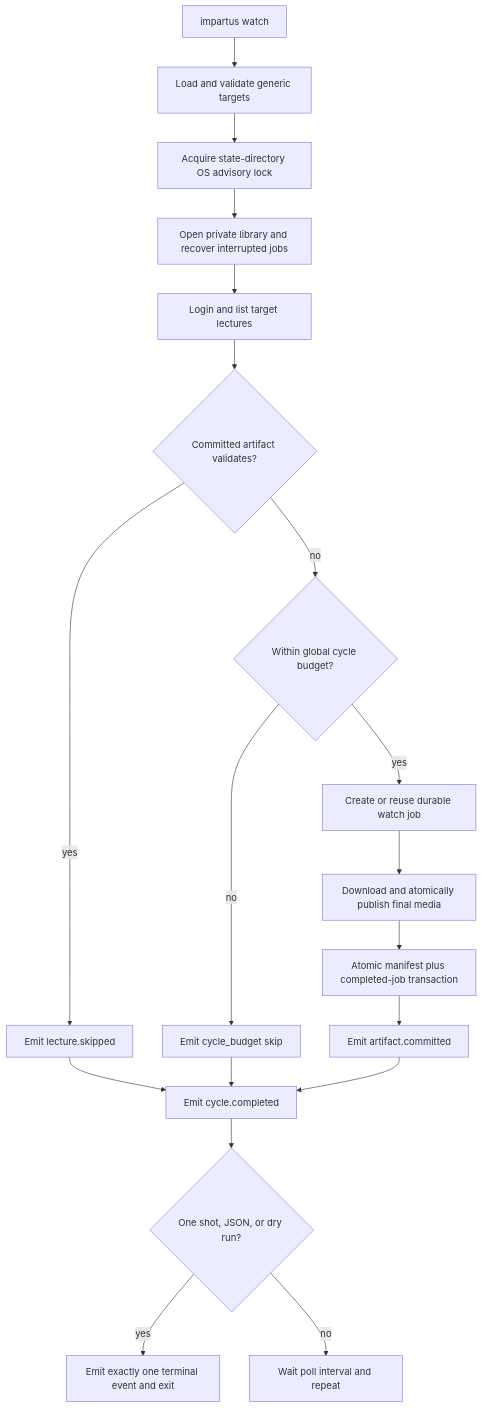
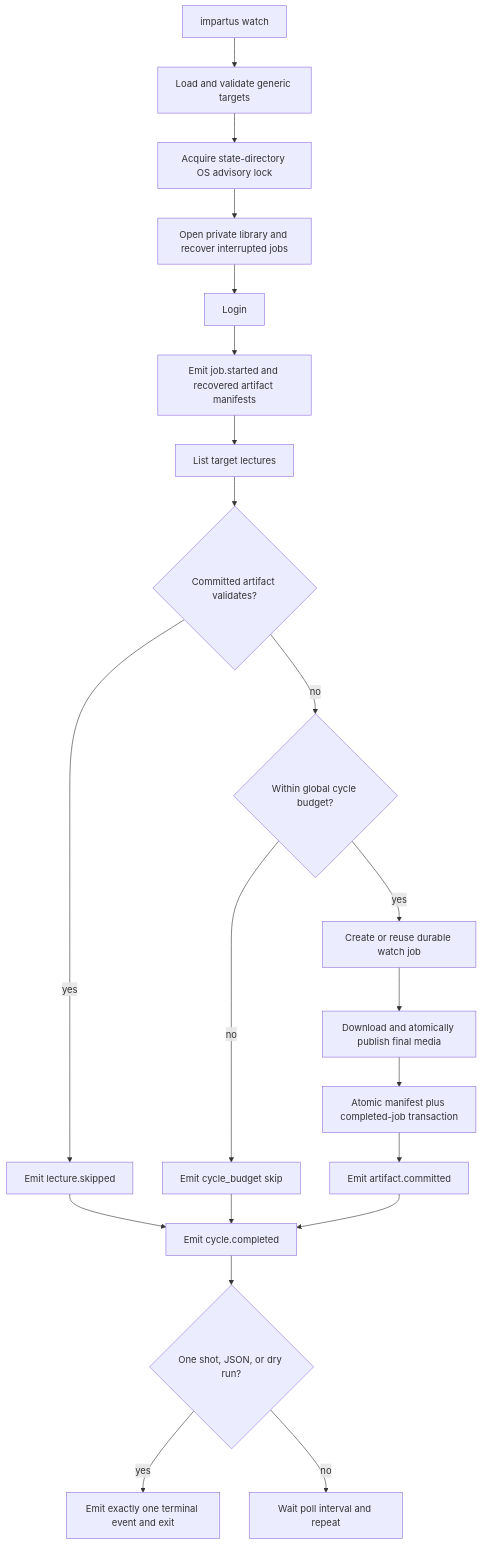
The fifth of 7 diagrams in docs/architecture.md (rabesss/impartus-cli), drawn with Mermaid before and after one commit. The commit also changed 8 other files, not shown here.

Commit message:
fix(watch): preserve recovered artifact events

````diff
--- a/docs/architecture.md
+++ b/docs/architecture.md
@@ -173,21 +173,23 @@
 ```mermaid
 flowchart TD
   A[impartus watch] --> B[Load and validate generic targets]
   B --> C[Acquire state-directory OS advisory lock]
   C --> D[Open private library and recover interrupted jobs]
-  D --> E[Login and list target lectures]
-  E --> F{Committed artifact validates?}
+  D --> E[Login]
+  E --> R[Emit job.started and recovered artifact manifests]
+  R --> S[List target lectures]
+  S --> F{Committed artifact validates?}
   F -- yes --> G[Emit lecture.skipped]
   F -- no --> H{Within global cycle budget?}
   H -- no --> I[Emit cycle_budget skip]
   H -- yes --> J[Create or reuse durable watch job]
   J --> K[Download and atomically publish final media]
   K --> L[Atomic manifest plus completed-job transaction]
   L --> M[Emit artifact.committed]
   G --> N[Emit cycle.completed]
   I --> N
   M --> N
   N --> O{One shot, JSON, or dry run?}
   O -- yes --> P[Emit exactly one terminal event and exit]
   O -- no --> Q[Wait poll interval and repeat]
 ```
````
